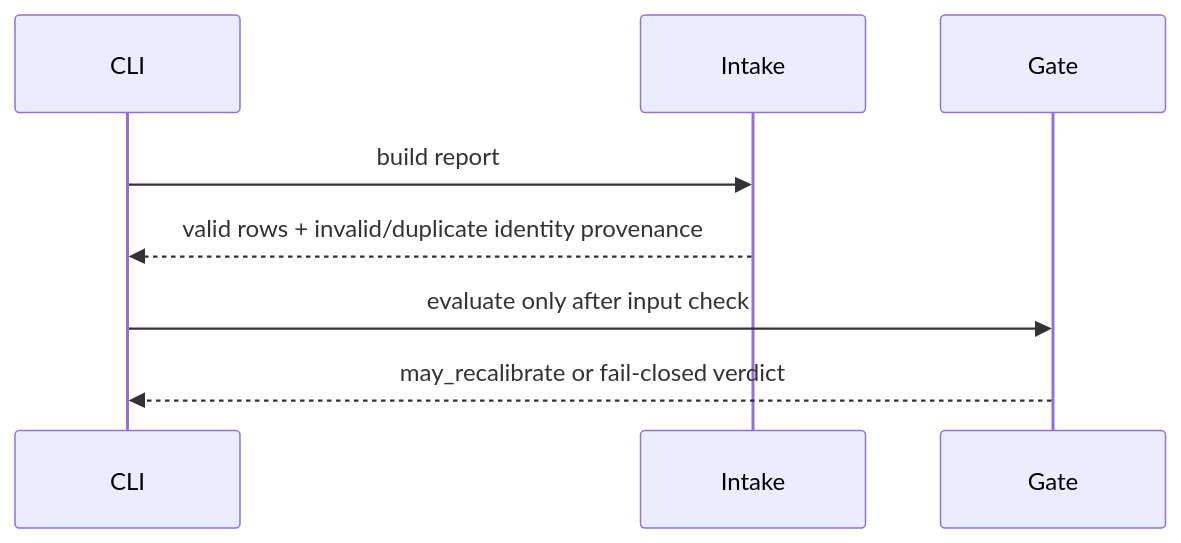
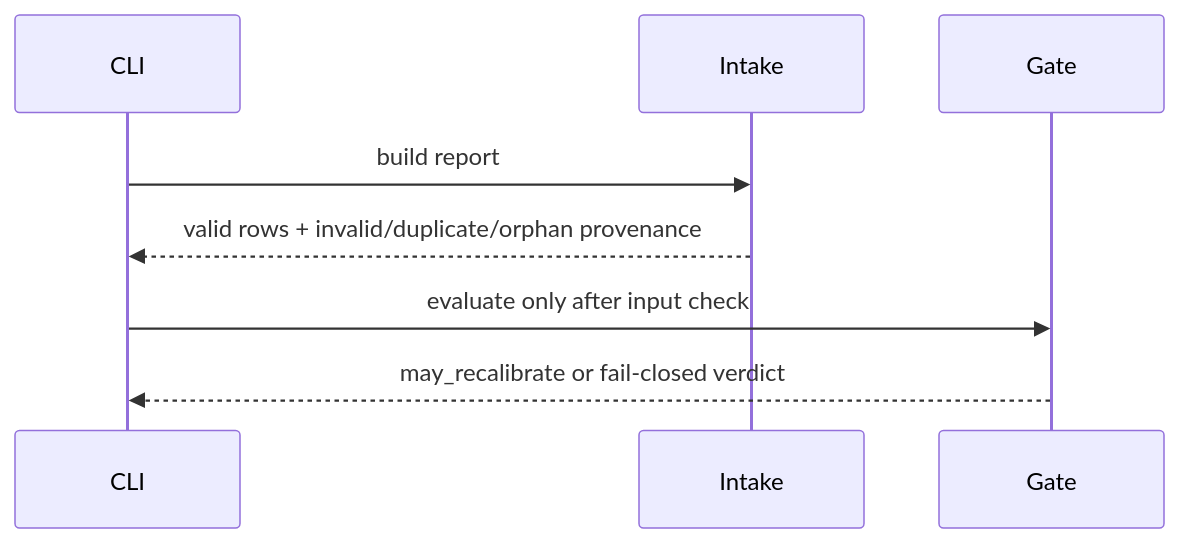
The second of 2 diagrams in src/openamp_foundry/calibration/AGENTS.md (streamentry/OpenAMP-Foundry), drawn with Mermaid before and after one commit. The commit also changed other lines of this file and 10 other files, not shown here.

````diff
--- a/src/openamp_foundry/calibration/AGENTS.md
+++ b/src/openamp_foundry/calibration/AGENTS.md
@@ -27,10 +28,10 @@
 ```mermaid
 sequenceDiagram
   participant CLI
   participant Intake
   participant Gate
   CLI->>Intake: build report
-  Intake-->>CLI: valid rows + invalid/duplicate identity provenance
+  Intake-->>CLI: valid rows + invalid/duplicate/orphan provenance
   CLI->>Gate: evaluate only after input check
   Gate-->>CLI: may_recalibrate or fail-closed verdict
 ```
````
